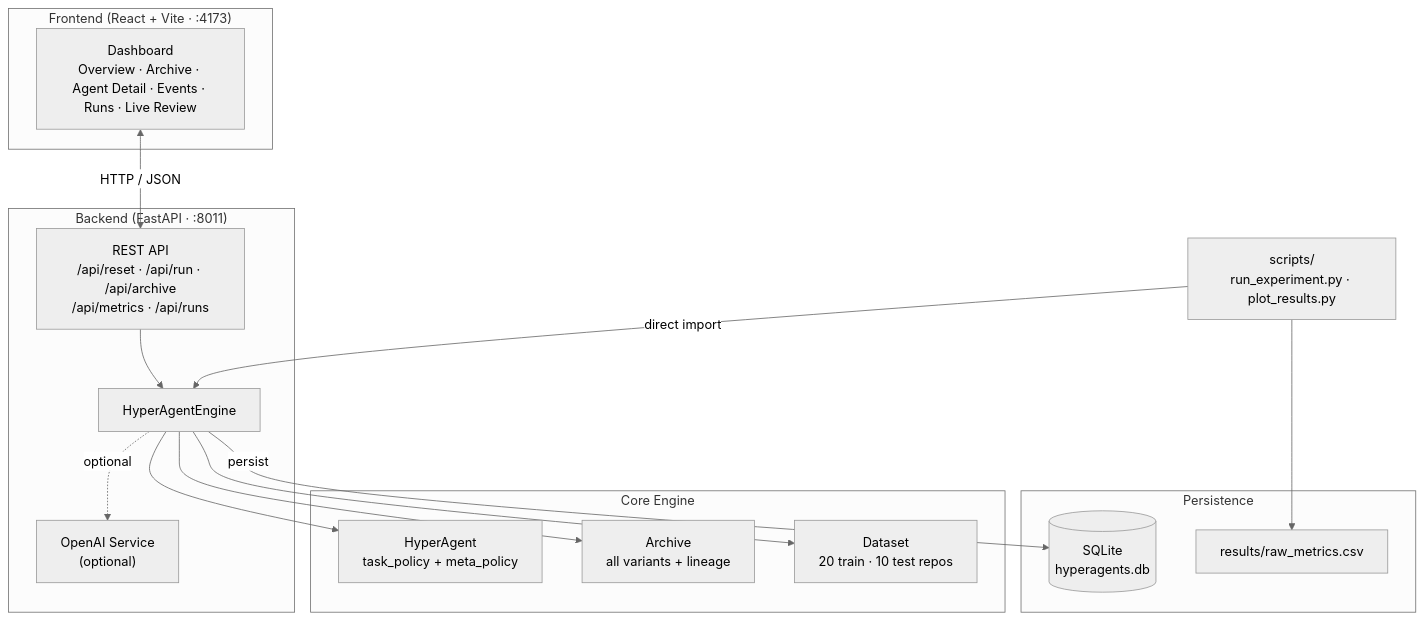
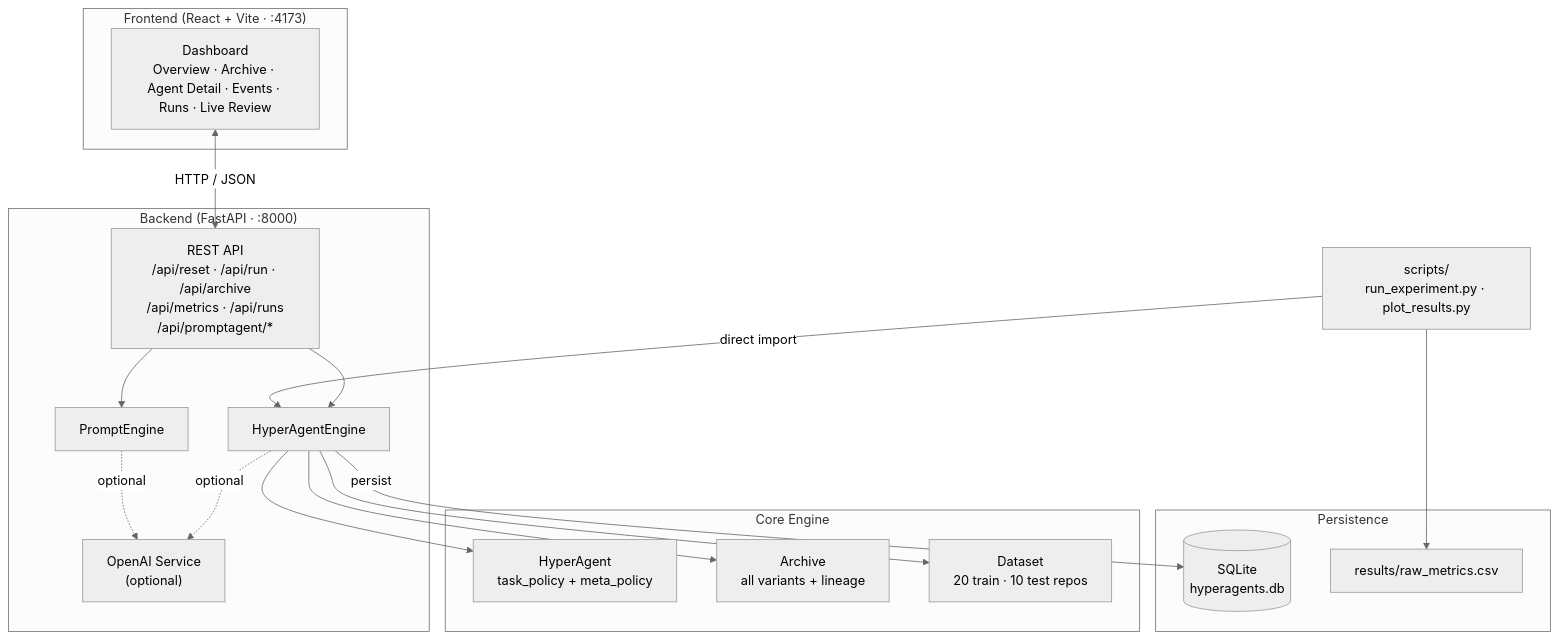
Before and after one commit to AISmithy/hyperagents: the first of 3 diagrams in README.md, drawn with Mermaid (neutral theme). The commit also changed other lines of this file, not shown here.

First line of the commit message:
Update README: add prompt engine, fix URLs, tighten quick start

````diff
--- a/README.md
+++ b/README.md
@@ -16,35 +16,38 @@
 ```mermaid
 graph TB
   subgraph FE ["Frontend  (React + Vite · :4173)"]
     UI["Dashboard\nOverview · Archive · Agent Detail · Events · Runs · Live Review"]
   end
 
-  subgraph BE ["Backend  (FastAPI · :8011)"]
-    API["REST API\n/api/reset · /api/run · /api/archive\n/api/metrics · /api/runs"]
+  subgraph BE ["Backend  (FastAPI · :8000)"]
+    API["REST API\n/api/reset · /api/run · /api/archive\n/api/metrics · /api/runs\n/api/promptagent/*"]
     ENGINE["HyperAgentEngine"]
+    PENGINE["PromptEngine"]
     OAI["OpenAI Service\n(optional)"]
   end
 
   subgraph CORE ["Core Engine"]
     HA["HyperAgent\ntask_policy + meta_policy"]
     ARCHIVE["Archive\nall variants + lineage"]
     DS["Dataset\n20 train · 10 test repos"]
   end
 
   subgraph PERSIST ["Persistence"]
     DB[("SQLite\nhyperagents.db")]
     CSV["results/raw_metrics.csv"]
   end
 
   SCRIPTS["scripts/\nrun_experiment.py · plot_results.py"]
 
   UI        <-->|"HTTP / JSON"| API
   API       --> ENGINE
+  API       --> PENGINE
   ENGINE    --> HA
   ENGINE    --> ARCHIVE
   ENGINE    --> DS
   ENGINE    -.->|"optional"| OAI
+  PENGINE   -.->|"optional"| OAI
   ENGINE    -->|"persist"| DB
   SCRIPTS   -->|"direct import"| ENGINE
   SCRIPTS   --> CSV
 ```
````
